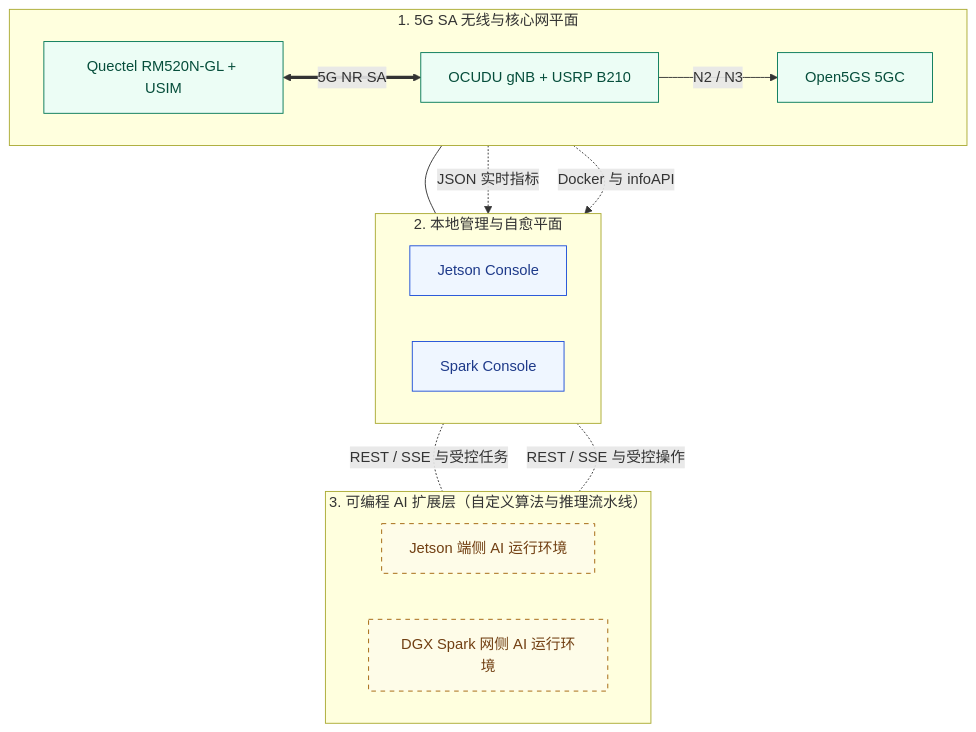
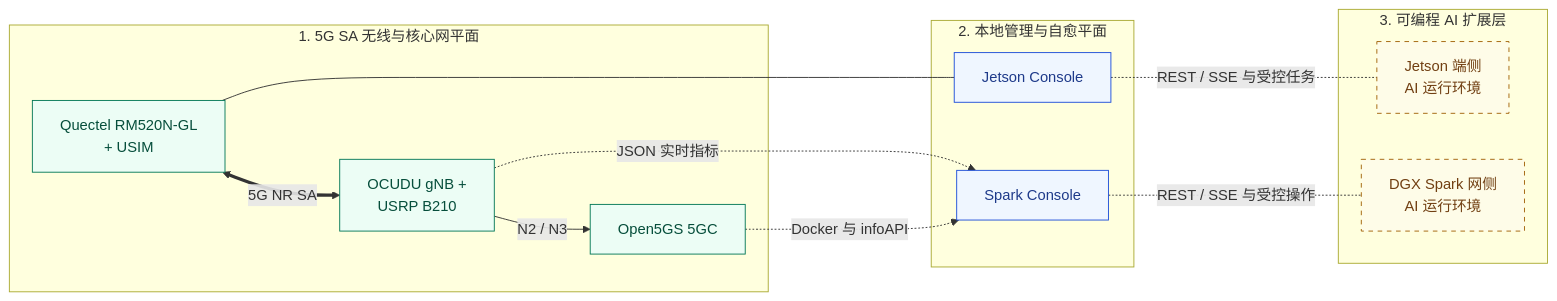
The diagram in docs/architecture.zh-CN.md (HKUOpenSource/OpenAirKit), drawn with Mermaid before and after one commit. The commit also changed 5 other files, not shown here.

Commit message:
docs: switch layered Mermaid diagrams to horizontal LR layout

````diff
--- a/docs/architecture.zh-CN.md
+++ b/docs/architecture.zh-CN.md
@@ -19,33 +19,30 @@
 ```mermaid
-flowchart TB
+flowchart LR
   classDef stack fill:#ecfdf5,stroke:#047857,color:#064e3b
   classDef mgmt fill:#eff6ff,stroke:#1d4ed8,color:#1e3a8a
   classDef ai fill:#fefce8,stroke:#a16207,stroke-dasharray:5 5,color:#713f12
 
-  subgraph AI["3. 可编程 AI 扩展层（自定义算法与推理流水线）"]
-    direction LR
-    JAI["Jetson 端侧 AI 运行环境"]:::ai
-    SAI["DGX Spark 网侧 AI 运行环境"]:::ai
+  subgraph STACK["1. 5G SA 无线与核心网平面"]
+    RM["Quectel RM520N-GL<br/>+ USIM"]:::stack
+    GNB["OCUDU gNB +<br/>USRP B210"]:::stack
+    CORE["Open5GS 5GC"]:::stack
+    RM <== "5G NR SA" ==> GNB
+    GNB -- "N2 / N3" --> CORE
   end
 
   subgraph MGMT["2. 本地管理与自愈平面"]
-    direction LR
     JC["Jetson Console"]:::mgmt
     SP["Spark Console"]:::mgmt
   end
 
-  subgraph STACK["1. 5G SA 无线与核心网平面"]
-    direction LR
-    RM["Quectel RM520N-GL + USIM"]:::stack
-    GNB["OCUDU gNB + USRP B210"]:::stack
-    CORE["Open5GS 5GC"]:::stack
-    RM <== "5G NR SA" ==> GNB
-    GNB -- "N2 / N3" --> CORE
+  subgraph AI["3. 可编程 AI 扩展层"]
+    JAI["Jetson 端侧<br/>AI 运行环境"]:::ai
+    SAI["DGX Spark 网侧<br/>AI 运行环境"]:::ai
   end
 
   RM --- JC
   GNB -. "JSON 实时指标" .-> SP
   CORE -. "Docker 与 infoAPI" .-> SP
   JC -. "REST / SSE 与受控任务" .- JAI
   SP -. "REST / SSE 与受控操作" .- SAI
 ```
````
